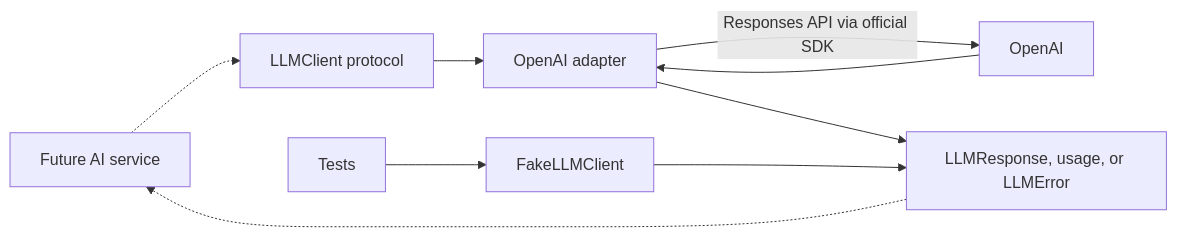
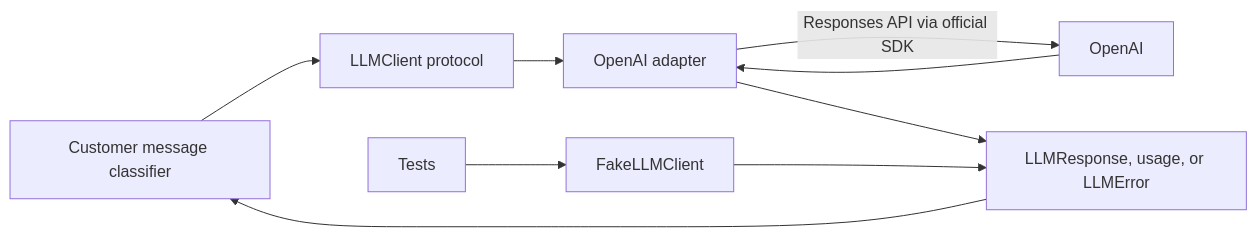
One commit to isazadesabuhi/ai-customer-support changed the diagram in docs/architecture/llm-integration.md. Above: the diagram before and after it, drawn with Mermaid. The commit also changed other lines of this file and 25 other files, not shown here.

Commit message:
feat(ai): implement customer message classification with strict validation

````diff
--- a/docs/architecture/llm-integration.md
+++ b/docs/architecture/llm-integration.md
@@ -5,11 +5,11 @@
 ```mermaid
 flowchart LR
-    Service["Future AI service"] -.-> Client["LLMClient protocol"]
+    Service["Customer message classifier"] --> Client["LLMClient protocol"]
     Client --> Adapter["OpenAI adapter"]
     Adapter -->|"Responses API via official SDK"| API["OpenAI"]
     API --> Adapter
     Adapter --> Result["LLMResponse, usage, or LLMError"]
-    Result -.-> Service
+    Result --> Service
     Tests["Tests"] --> Fake["FakeLLMClient"]
     Fake --> Result
 ```
````
